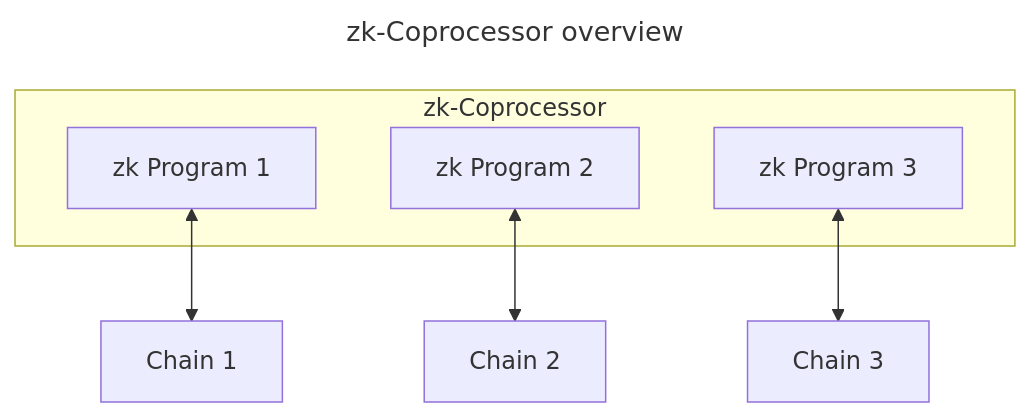
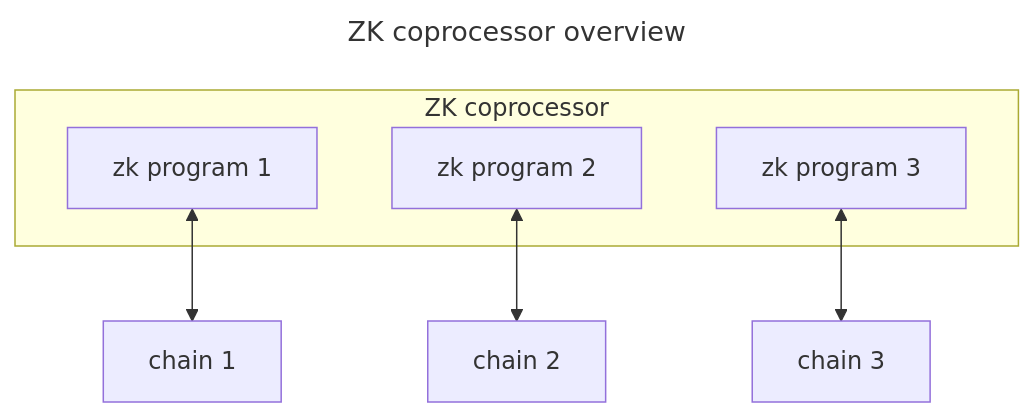
Before and after one commit to timewave-computer/valence-protocol: the first of 3 diagrams in docs/src/zk-coprocessor/_overview.md, drawn with Mermaid. The commit also changed other lines of this file, not shown here.

Commit message:
consistency and readability edits to zk overview

````diff
--- a/docs/src/zk-coprocessor/_overview.md
+++ b/docs/src/zk-coprocessor/_overview.md
@@ -17,21 +15,21 @@
 ```mermaid
 ---
-title: zk-Coprocessor overview
+title: ZK coprocessor overview
 ---
 graph TB;
     %% Programs
-    subgraph zk-Coprocessor
-        P1[zk Program 1]
-        P2[zk Program 2]
-        P3[zk Program 3]
+    subgraph ZK coprocessor
+        P1[zk program 1]
+        P2[zk program 2]
+        P3[zk program 3]
     end
 
     %% Chains
-    C1[Chain 1]
-    C2[Chain 2]
-    C3[Chain 3]
+    C1[chain 1]
+    C2[chain 2]
+    C3[chain 3]
 
     P1 <--> C1
     P2 <--> C2
     P3 <--> C3
 ```
````
